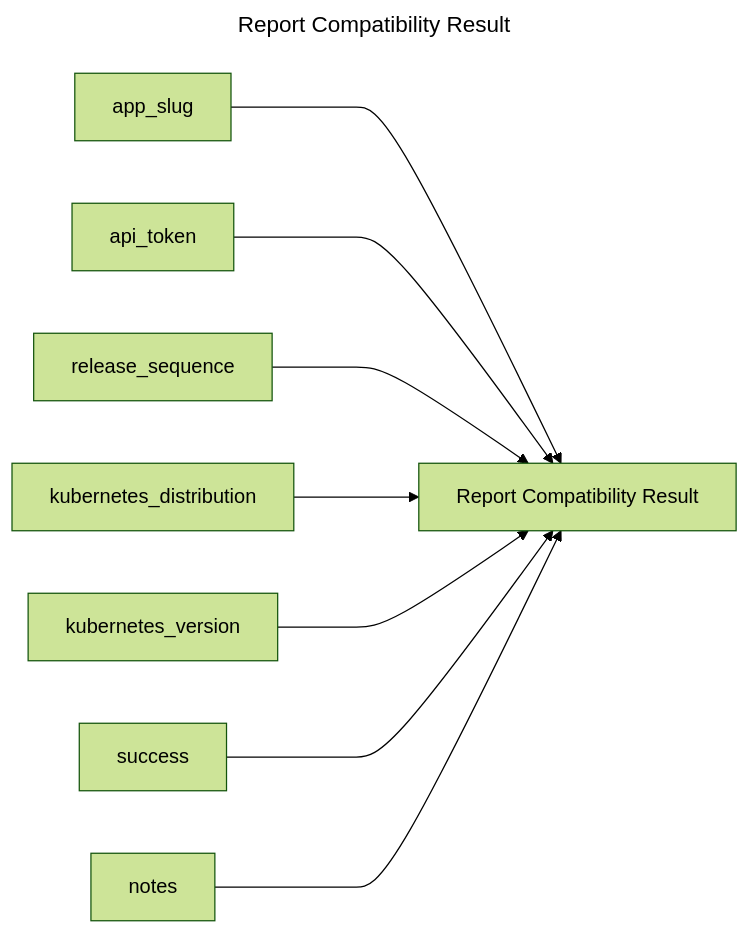
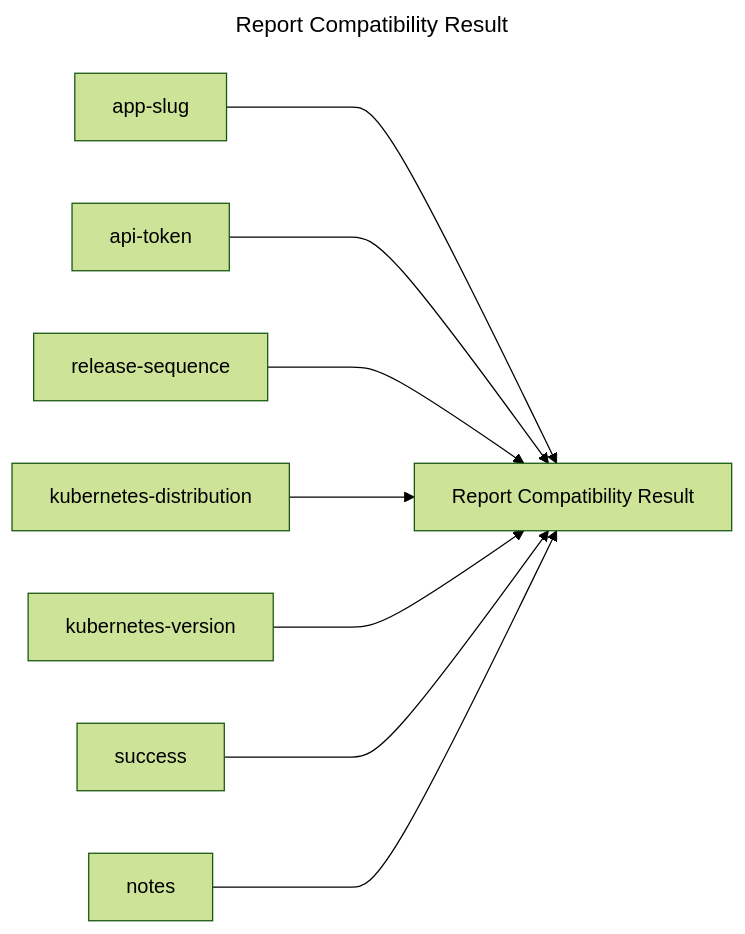
The diagram in report-compatibility-result/README.md (replicatedhq/replicated-actions), drawn with Mermaid (forest theme) before and after one commit. The commit also changed 12 other files, not shown here.

````diff
--- a/report-compatibility-result/README.md
+++ b/report-compatibility-result/README.md
@@ -3,14 +3,21 @@
 ```mermaid
 ---
 title: Report Compatibility Result
 ---
 graph LR
 report_compatibility_result["Report Compatibility Result"]
+app_slug["app-slug"]
+api_token["api-token"]
+release_sequence["release-sequence"]
+kubernetes_distribution["kubernetes-distribution"]
+kubernetes_version["kubernetes-version"]
+success["success"]
+notes["notes"]
 app_slug ---> report_compatibility_result
 api_token ---> report_compatibility_result
 release_sequence ---> report_compatibility_result
 kubernetes_distribution ---> report_compatibility_result
 kubernetes_version ---> report_compatibility_result
 success ---> report_compatibility_result
 notes ---> report_compatibility_result
 ```
````
